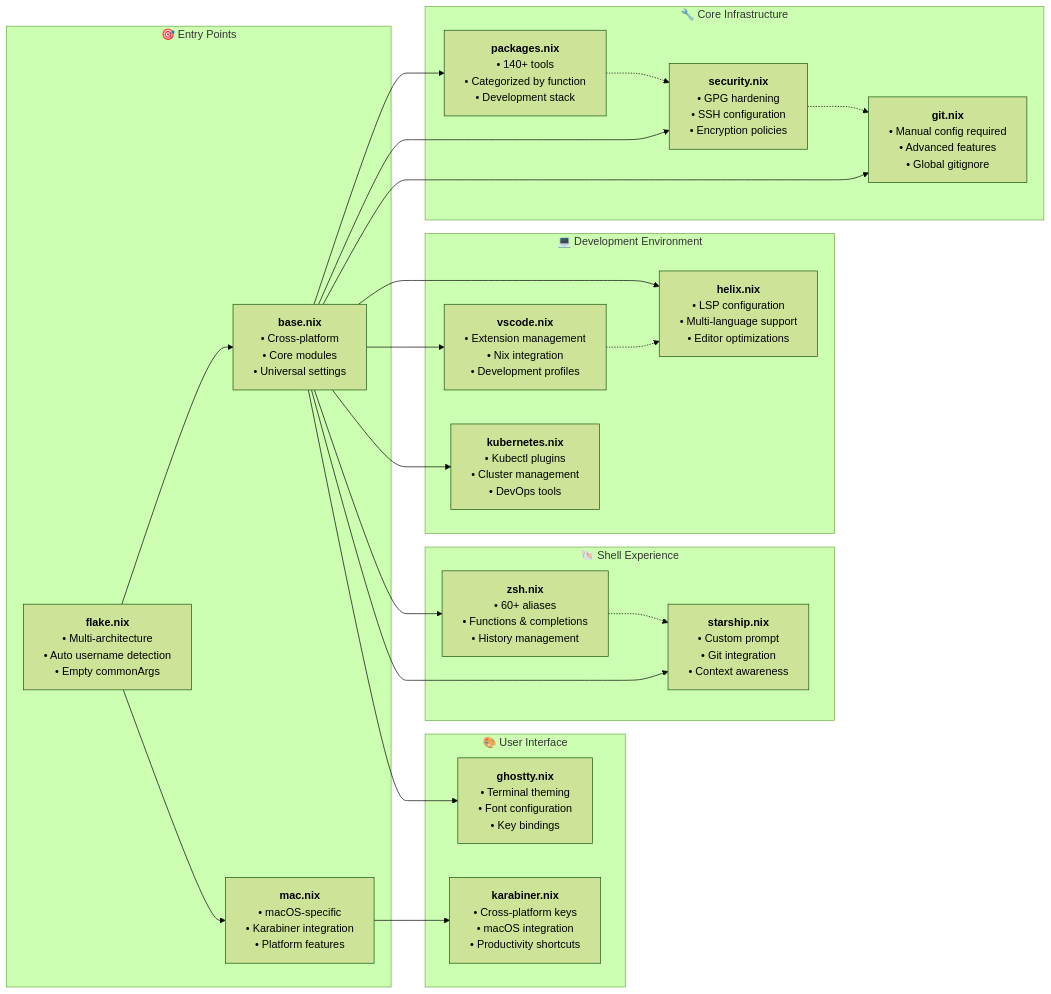
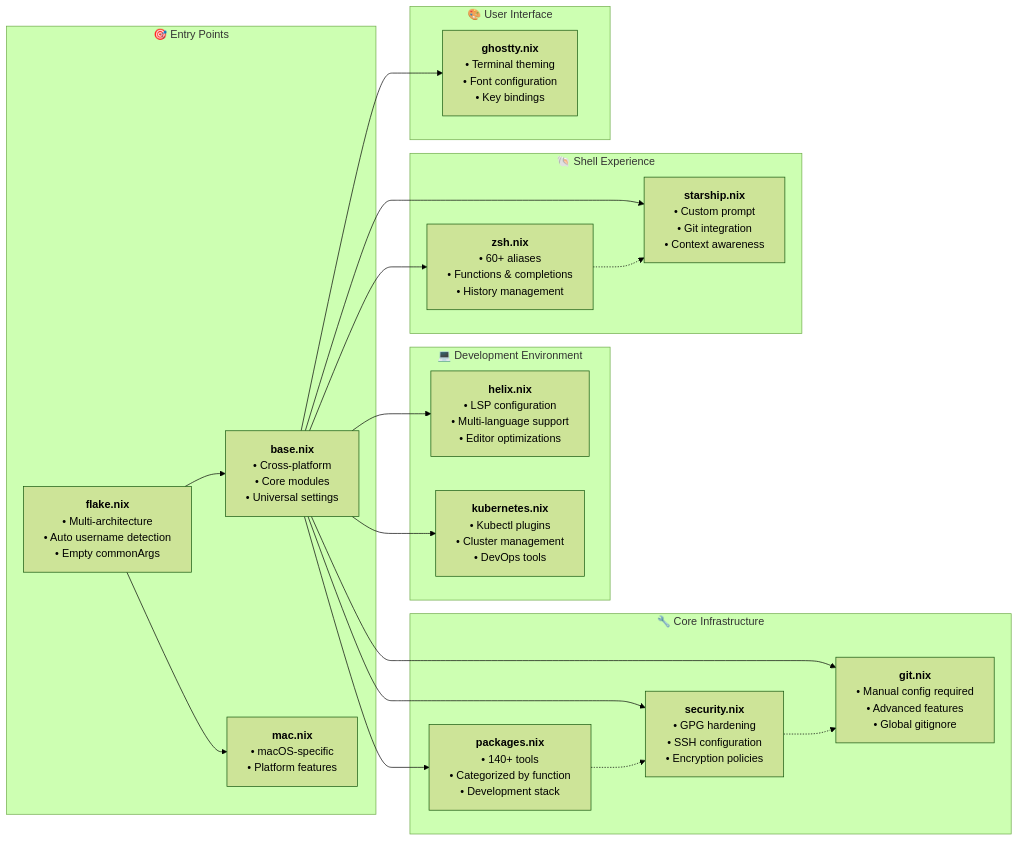
One commit to pampatzoglou/home-manager changed the third of 8 diagrams in ARCHITECTURE.md. Above: the diagram before and after it, drawn with Mermaid (forest theme). The commit also changed other lines of this file and 4 other files, not shown here.

````diff
--- a/ARCHITECTURE.md
+++ b/ARCHITECTURE.md
@@ -138,7 +138,6 @@
         • Universal settings`"]
         mac["`**mac.nix**
         • macOS-specific
-        • Karabiner integration
         • Platform features`"]
     end
     
@@ -162,10 +161,6 @@
         • LSP configuration
         • Multi-language support
         • Editor optimizations`"]
-        vscode["`**vscode.nix**
-        • Extension management
-        • Nix integration
-        • Development profiles`"]
         k8s["`**kubernetes.nix**
         • Kubectl plugins
         • Cluster management
@@ -188,10 +183,6 @@
         • Terminal theming
         • Font configuration
         • Key bindings`"]
-        karabiner["`**karabiner.nix**
-        • Cross-platform keys
-        • macOS integration
-        • Productivity shortcuts`"]
     end
     
     flake --> base
@@ -200,15 +191,12 @@
     base --> security
     base --> git
     base --> helix
-    base --> vscode
     base --> k8s
     base --> zsh
     base --> starship
     base --> ghostty
-    mac --> karabiner
-    
+
     packages -.-> security
     security -.-> git
     zsh -.-> starship
-    vscode -.-> helix
 ```
````
